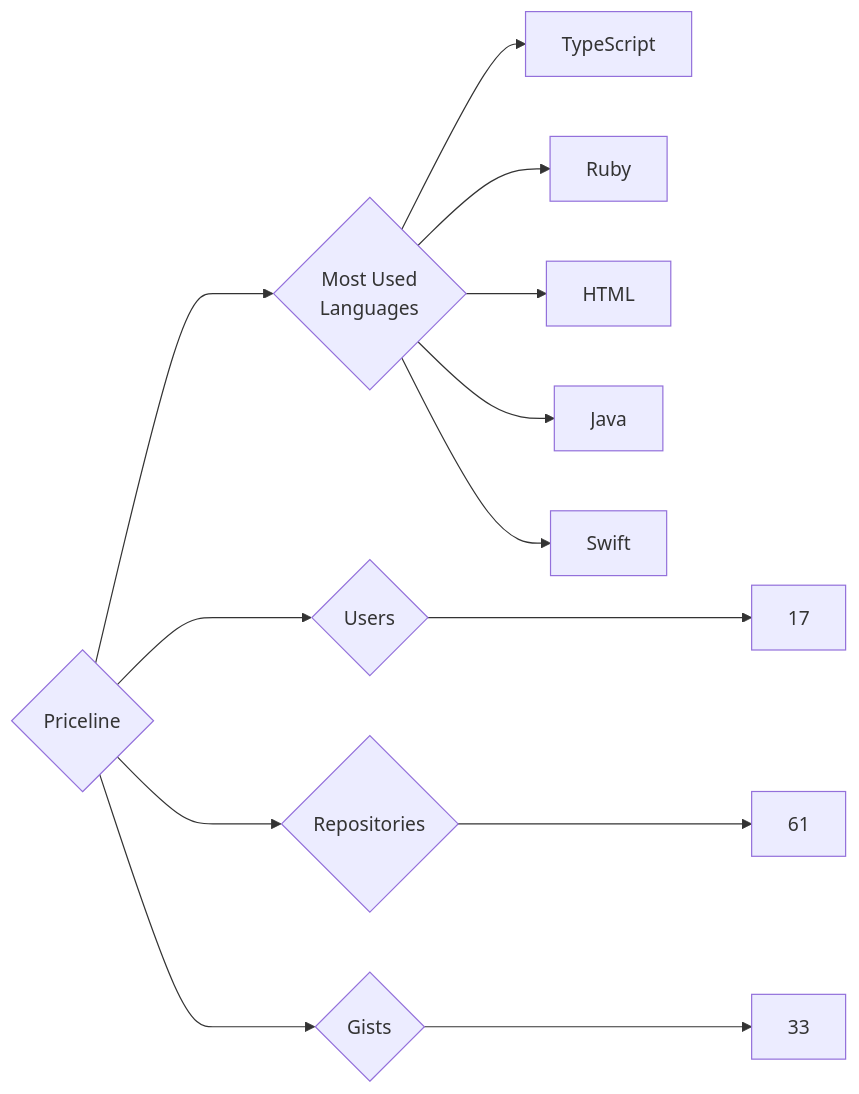
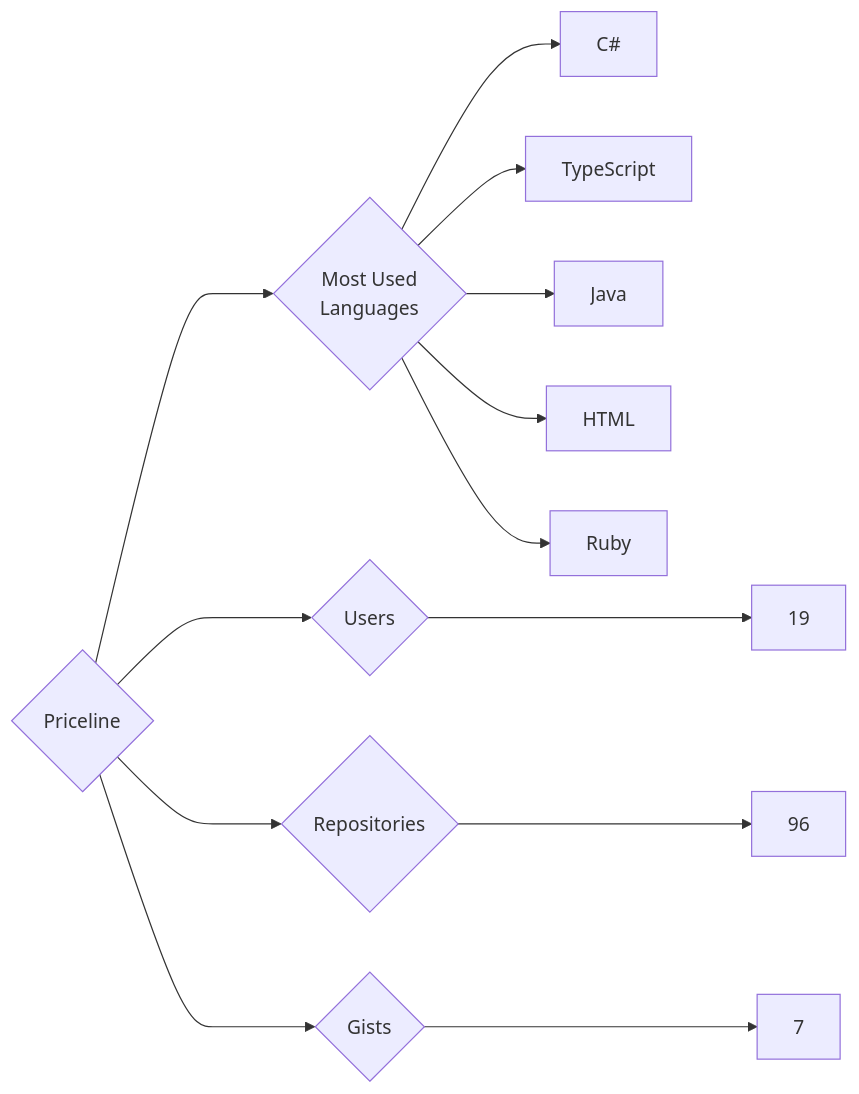
Before and after one commit to trickest/insiders: the diagram in targets/Priceline/README.md, drawn with Mermaid. The commit also changed 995 other files, not shown here.

````diff
--- a/targets/Priceline/README.md
+++ b/targets/Priceline/README.md
@@ -3,13 +3,13 @@
 ```mermaid
 graph LR
 COMPANY_NAME{Priceline}
-COMPANY_NAME ---> U{Users} ---> UN[17]
-COMPANY_NAME ---> R{Repositories} ---> RN[61]
-COMPANY_NAME ---> G{Gists} ---> GN[33]
+COMPANY_NAME ---> U{Users} ---> UN[19]
+COMPANY_NAME ---> R{Repositories} ---> RN[96]
+COMPANY_NAME ---> G{Gists} ---> GN[7]
 COMPANY_NAME ---> ML{Most Used<br>Languages}
+ML --> C#[C#]
 ML --> TypeScript[TypeScript]
+ML --> Java[Java]
+ML --> HTML[HTML]
 ML --> Ruby[Ruby]
-ML --> HTML[HTML]
-ML --> Java[Java]
-ML --> Swift[Swift]
 ```
````
